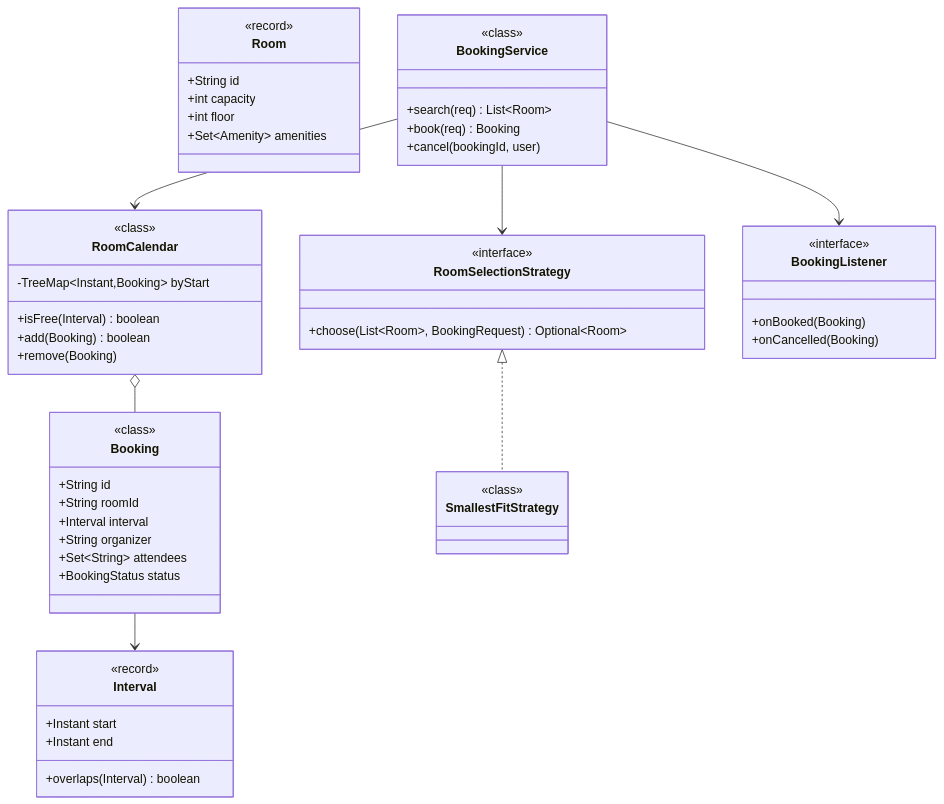
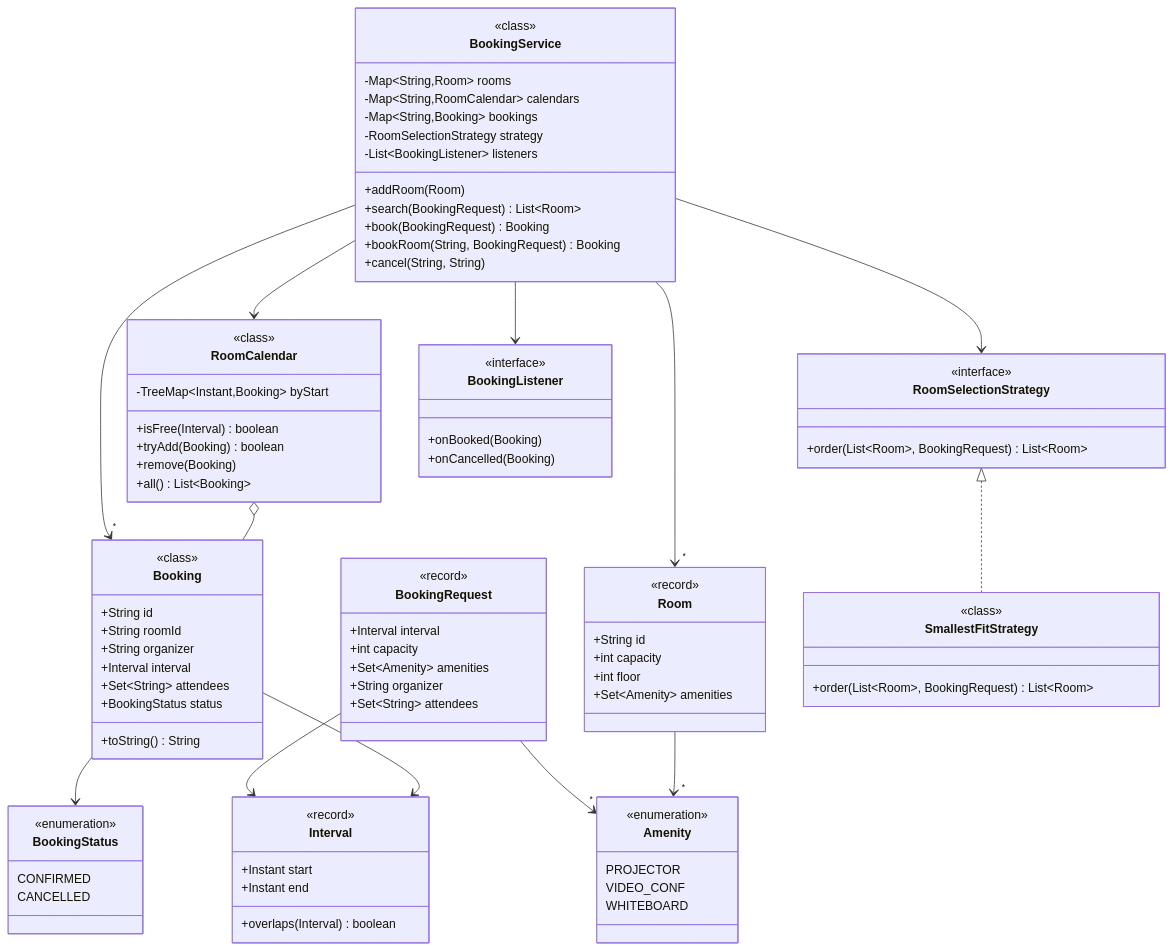
Before and after one commit to amarkum/amarkumar.guru: the first of 2 diagrams in system-design/lld/15-meeting-room-scheduler.md, drawn with Mermaid. The commit also changed 27 other files, not shown here.

Commit message:
Rebuild every UML class diagram from its Java code, add a notes progress tracker, and make diagrams readable with zoom and a legend.

````diff
--- a/system-design/lld/15-meeting-room-scheduler.md
+++ b/system-design/lld/15-meeting-room-scheduler.md
@@ -39,5 +39,16 @@
 ```mermaid
 classDiagram
+    class Amenity {
+      <<enumeration>>
+      PROJECTOR
+      VIDEO_CONF
+      WHITEBOARD
+    }
+    class BookingStatus {
+      <<enumeration>>
+      CONFIRMED
+      CANCELLED
+    }
     class Room {
       <<record>>
       +String id
@@ -46,30 +57,44 @@
       +Set~Amenity~ amenities
     }
     class Interval {
+      <<record>>
       +Instant start
       +Instant end
       +overlaps(Interval) boolean
     }
     class Booking {
+      <<class>>
       +String id
       +String roomId
+      +String organizer
       +Interval interval
+      +Set~String~ attendees
+      +BookingStatus status
+      +toString() String
+    }
+    class BookingRequest {
+      <<record>>
+      +Interval interval
+      +int capacity
+      +Set~Amenity~ amenities
       +String organizer
       +Set~String~ attendees
-      +BookingStatus status
     }
     class RoomCalendar {
+      <<class>>
       -TreeMap~Instant,Booking~ byStart
       +isFree(Interval) boolean
-      +add(Booking) boolean
+      +tryAdd(Booking) boolean
       +remove(Booking)
+      +all() List~Booking~
     }
     class RoomSelectionStrategy {
       <<interface>>
-      +choose(List~Room~, BookingRequest) Optional~Room~
+      +order(List~Room~, BookingRequest) List~Room~
     }
     class SmallestFitStrategy {
       <<class>>
+      +order(List~Room~, BookingRequest) List~Room~
     }
     class BookingListener {
       <<interface>>
@@ -77,9 +102,17 @@
       +onCancelled(Booking)
     }
     class BookingService {
-      +search(req) List~Room~
-      +book(req) Booking
-      +cancel(bookingId, user)
+      <<class>>
+      -Map~String,Room~ rooms
+      -Map~String,RoomCalendar~ calendars
+      -Map~String,Booking~ bookings
+      -RoomSelectionStrategy strategy
+      -List~BookingListener~ listeners
+      +addRoom(Room)
+      +search(BookingRequest) List~Room~
+      +book(BookingRequest) Booking
+      +bookRoom(String, BookingRequest) Booking
+      +cancel(String, String)
     }
     RoomSelectionStrategy <|.. SmallestFitStrategy
     BookingService --> RoomCalendar
@@ -87,22 +120,10 @@
     BookingService --> BookingListener
     Booking --> Interval
     RoomCalendar o-- Booking
-    class Booking {
-      <<class>>
-    }
-    class Interval {
-      <<record>>
-    }
-    class BookingService {
-      <<class>>
-    }
-    class RoomCalendar {
-      <<class>>
-    }
-    class RoomSelectionStrategy {
-      <<interface>>
-    }
-    class BookingListener {
-      <<interface>>
-    }
+    Room --> "*" Amenity
+    Booking --> BookingStatus
+    BookingRequest --> Interval
+    BookingRequest --> "*" Amenity
+    BookingService --> "*" Room
+    BookingService --> "*" Booking
 ```
````
